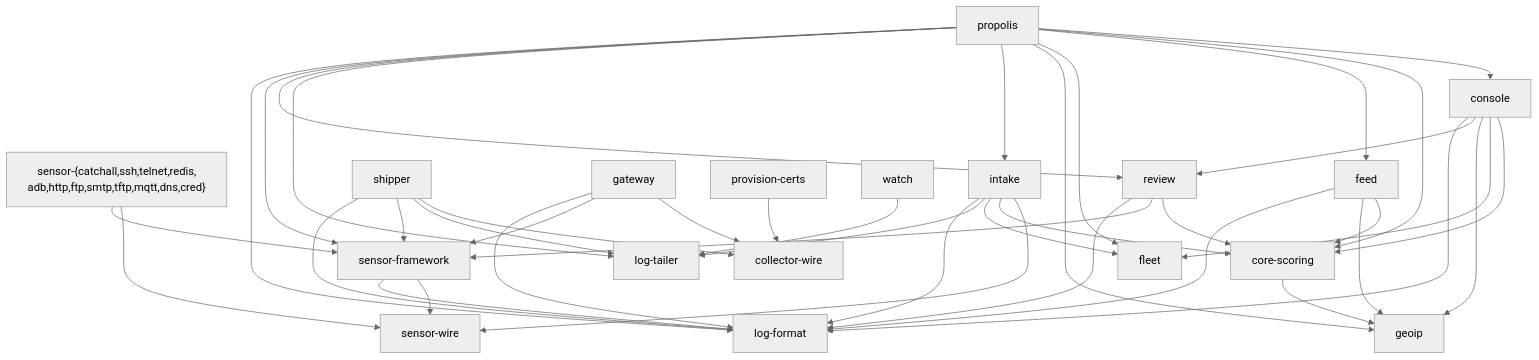
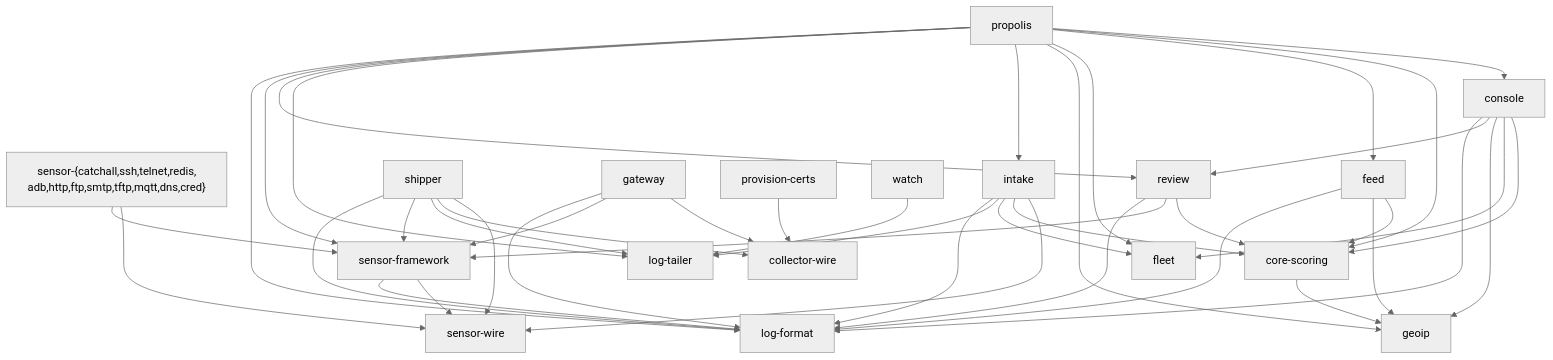
The diagram in docs/architecture/components.md (brandontroidl/Propolis), drawn with Mermaid (neutral theme) before and after one commit. The commit also changed other lines of this file and 36 other files, not shown here.

````diff
--- a/docs/architecture/components.md
+++ b/docs/architecture/components.md
@@ -84,62 +84,63 @@
 ```mermaid
 graph TD
   wire[sensor-wire]
   core[core-scoring]
   geoip[geoip]
   fleet[fleet]
   tailer[log-tailer]
   logfmt[log-format]
   cwire[collector-wire]
   fw[sensor-framework]
   sensors["sensor-{catchall,ssh,telnet,redis,<br/>adb,http,ftp,smtp,tftp,mqtt,dns,cred}"]
   intake[intake]
   review[review]
   feed[feed]
   console[console]
   propolis[propolis]
   shipper[shipper]
   gateway[gateway]
   certs[provision-certs]
   watchc[watch]
 
   core --> geoip
   fw --> wire
   fw --> logfmt
   sensors --> wire
   sensors --> fw
   intake --> wire
   intake --> core
   intake --> fleet
   intake --> tailer
   intake --> logfmt
   review --> core
   review --> fw
   review --> logfmt
   feed --> core
   feed --> geoip
   feed --> logfmt
   console --> core
   console --> fleet
   console --> geoip
   console --> review
   console --> logfmt
   propolis --> console
   propolis --> core
   propolis --> feed
   propolis --> fleet
   propolis --> geoip
   propolis --> intake
   propolis --> tailer
   propolis --> review
   propolis --> fw
   propolis --> logfmt
+  shipper --> wire
   shipper --> cwire
   shipper --> tailer
   shipper --> fw
   shipper --> logfmt
   gateway --> cwire
   gateway --> fw
   gateway --> logfmt
   certs --> cwire
   watchc --> tailer
 ```
````
